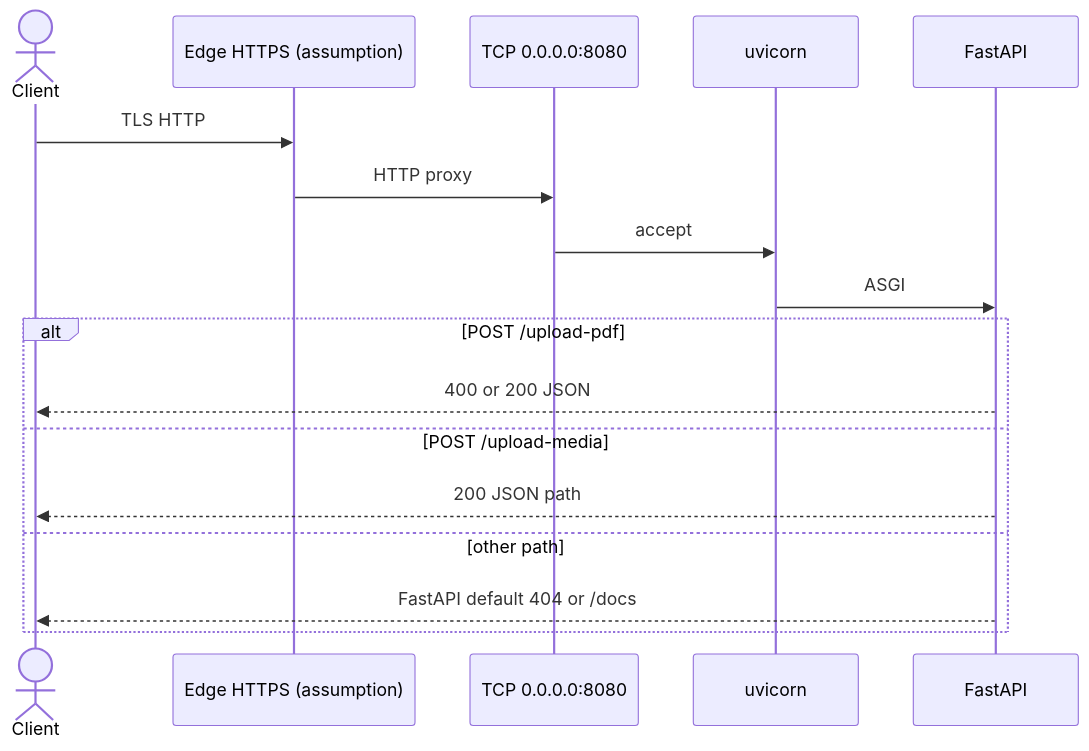
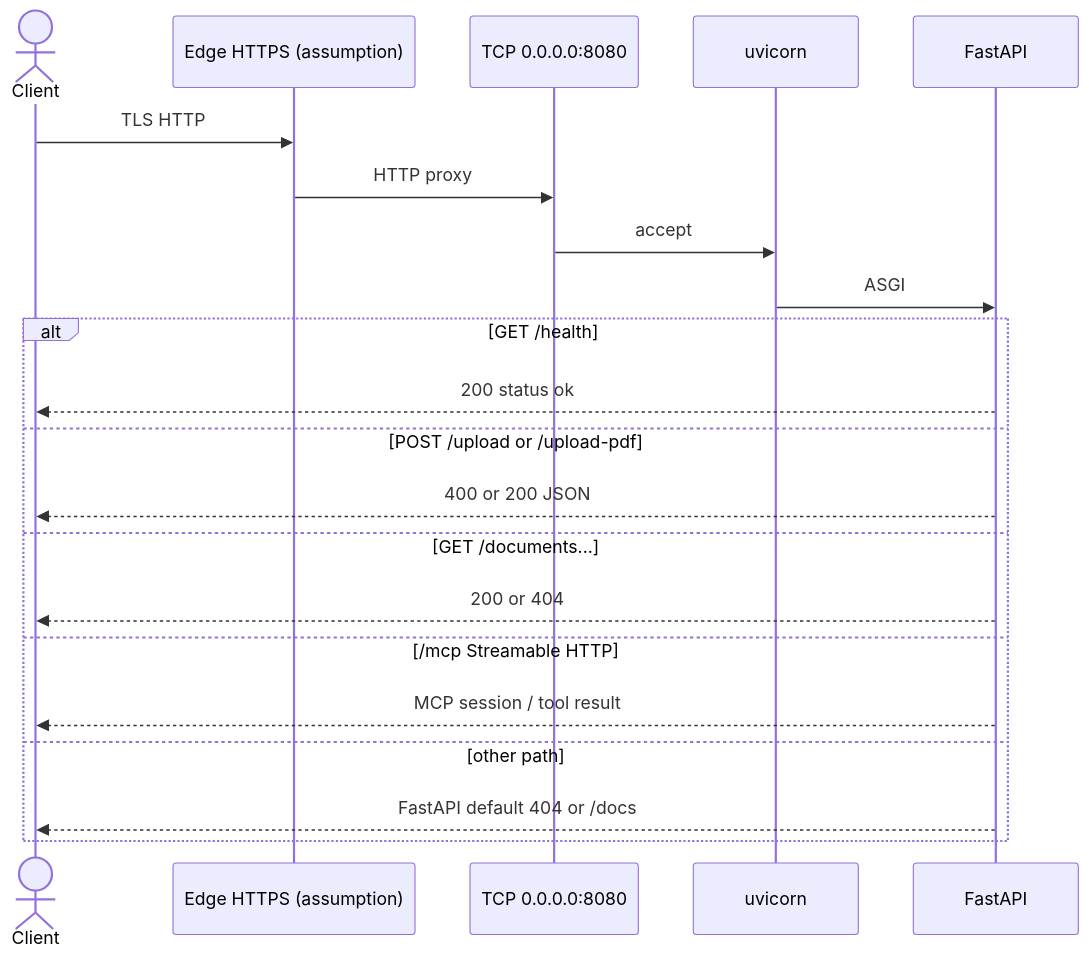
Before and after one commit to mkrejp/fastmcp-rag-timer: the second of 3 diagrams in docs/CONNECTIVITY.md, drawn with Mermaid. The commit also changed other lines of this file and 7 other files, not shown here.

First line of the commit message:
Rewrite architecture docs to match the current Novita RAG stack.

````diff
--- a/docs/CONNECTIVITY.md
+++ b/docs/CONNECTIVITY.md
@@ -71,20 +74,24 @@
 ```mermaid
 sequenceDiagram
   actor Client
   participant Edge as Edge HTTPS (assumption)
   participant Port as TCP 0.0.0.0:8080
   participant UV as uvicorn
   participant API as FastAPI
 
   Client->>Edge: TLS HTTP
   Edge->>Port: HTTP proxy
   Port->>UV: accept
   UV->>API: ASGI
-  alt POST /upload-pdf
+  alt GET /health
+    API-->>Client: 200 status ok
+  else POST /upload or /upload-pdf
     API-->>Client: 400 or 200 JSON
-  else POST /upload-media
-    API-->>Client: 200 JSON path
+  else GET /documents...
+    API-->>Client: 200 or 404
+  else /mcp Streamable HTTP
+    API-->>Client: MCP session / tool result
   else other path
     API-->>Client: FastAPI default 404 or /docs
   end
 ```
````
